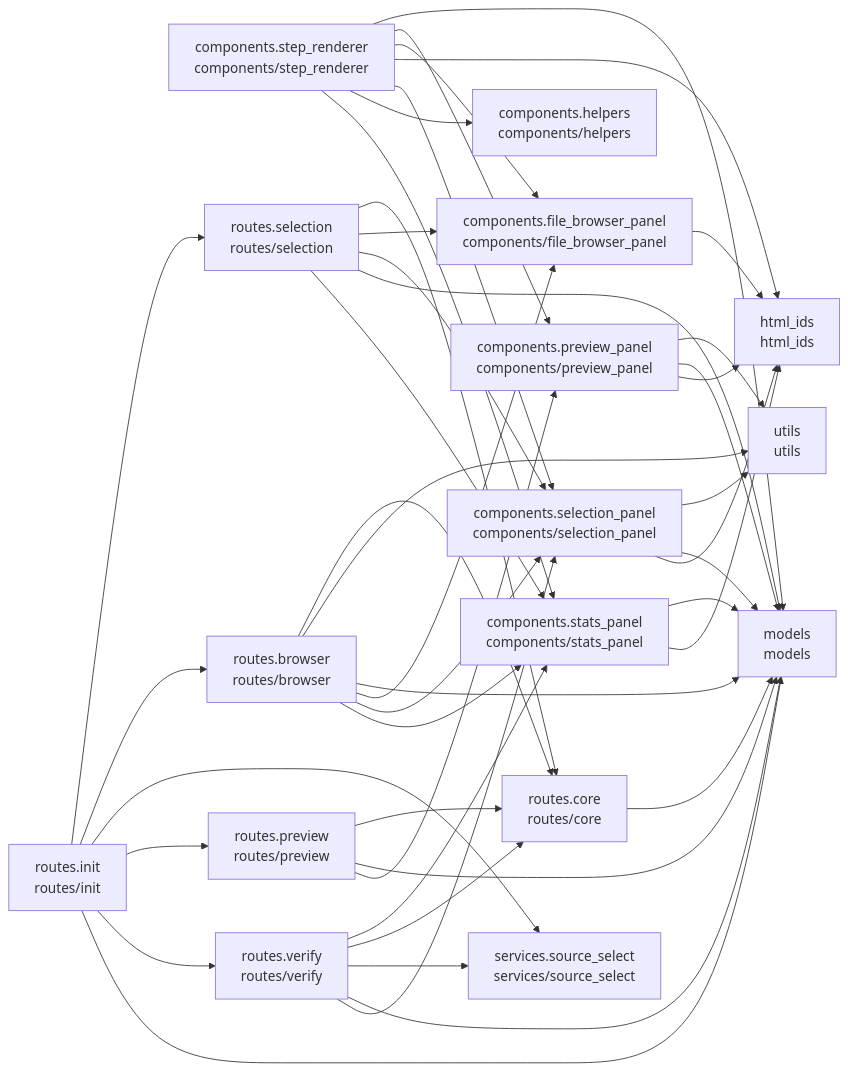
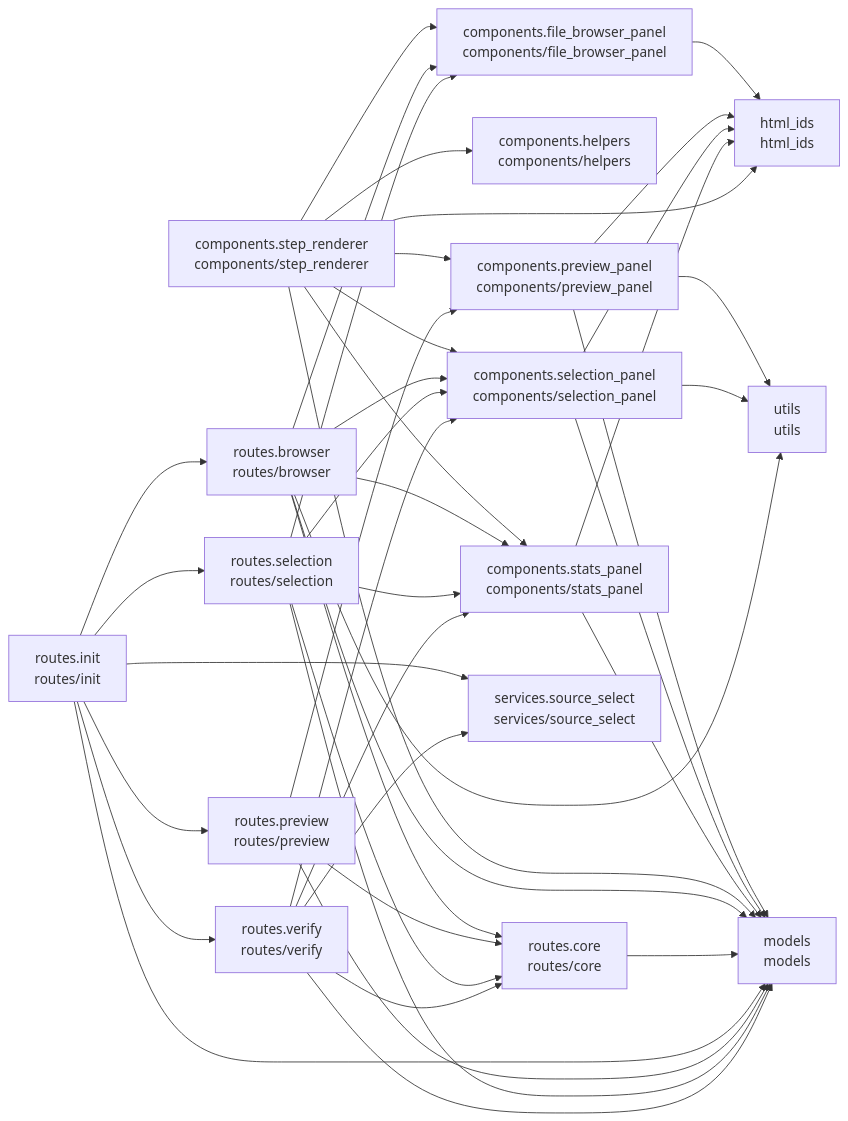
Before and after one commit to cj-mills/cjm-transcription-source-select: the diagram in README.md, drawn with Mermaid. The commit also changed other lines of this file and 8 other files, not shown here.

Commit message:
Add content-level select targeting with scroll preservation, toolbar URL wiring, and render_browser_listing helper.

````diff
--- a/README.md
+++ b/README.md
@@ -39,62 +39,62 @@
 ``` mermaid
 graph LR
     components_file_browser_panel[components.file_browser_panel<br/>components/file_browser_panel]
     components_helpers[components.helpers<br/>components/helpers]
     components_preview_panel[components.preview_panel<br/>components/preview_panel]
     components_selection_panel[components.selection_panel<br/>components/selection_panel]
     components_stats_panel[components.stats_panel<br/>components/stats_panel]
     components_step_renderer[components.step_renderer<br/>components/step_renderer]
     html_ids[html_ids<br/>html_ids]
     models[models<br/>models]
     routes_browser[routes.browser<br/>routes/browser]
     routes_core[routes.core<br/>routes/core]
     routes_init[routes.init<br/>routes/init]
     routes_preview[routes.preview<br/>routes/preview]
     routes_selection[routes.selection<br/>routes/selection]
     routes_verify[routes.verify<br/>routes/verify]
     services_source_select[services.source_select<br/>services/source_select]
     utils[utils<br/>utils]
 
     components_file_browser_panel --> html_ids
+    components_preview_panel --> html_ids
     components_preview_panel --> utils
     components_preview_panel --> models
-    components_preview_panel --> html_ids
-    components_selection_panel --> utils
     components_selection_panel --> models
     components_selection_panel --> html_ids
+    components_selection_panel --> utils
     components_stats_panel --> models
     components_stats_panel --> html_ids
     components_step_renderer --> models
+    components_step_renderer --> components_selection_panel
+    components_step_renderer --> html_ids
+    components_step_renderer --> components_stats_panel
+    components_step_renderer --> components_file_browser_panel
+    components_step_renderer --> components_helpers
     components_step_renderer --> components_preview_panel
-    components_step_renderer --> components_file_browser_panel
-    components_step_renderer --> html_ids
-    components_step_renderer --> components_selection_panel
-    components_step_renderer --> components_helpers
-    components_step_renderer --> components_stats_panel
+    routes_browser --> utils
     routes_browser --> routes_core
-    routes_browser --> utils
-    routes_browser --> models
-    routes_browser --> components_file_browser_panel
     routes_browser --> components_selection_panel
     routes_browser --> components_stats_panel
+    routes_browser --> components_file_browser_panel
+    routes_browser --> models
     routes_core --> models
     routes_init --> routes_selection
+    routes_init --> routes_preview
+    routes_init --> models
+    routes_init --> services_source_select
+    routes_init --> routes_verify
     routes_init --> routes_browser
-    routes_init --> services_source_select
-    routes_init --> routes_preview
-    routes_init --> routes_verify
-    routes_init --> models
     routes_preview --> routes_core
     routes_preview --> models
     routes_preview --> components_preview_panel
     routes_selection --> routes_core
+    routes_selection --> components_selection_panel
+    routes_selection --> components_stats_panel
     routes_selection --> components_file_browser_panel
-    routes_selection --> components_selection_panel
     routes_selection --> models
-    routes_selection --> components_stats_panel
+    routes_verify --> routes_core
     routes_verify --> components_stats_panel
-    routes_verify --> routes_core
-    routes_verify --> services_source_select
     routes_verify --> models
     routes_verify --> components_selection_panel
+    routes_verify --> services_source_select
 ```
````
